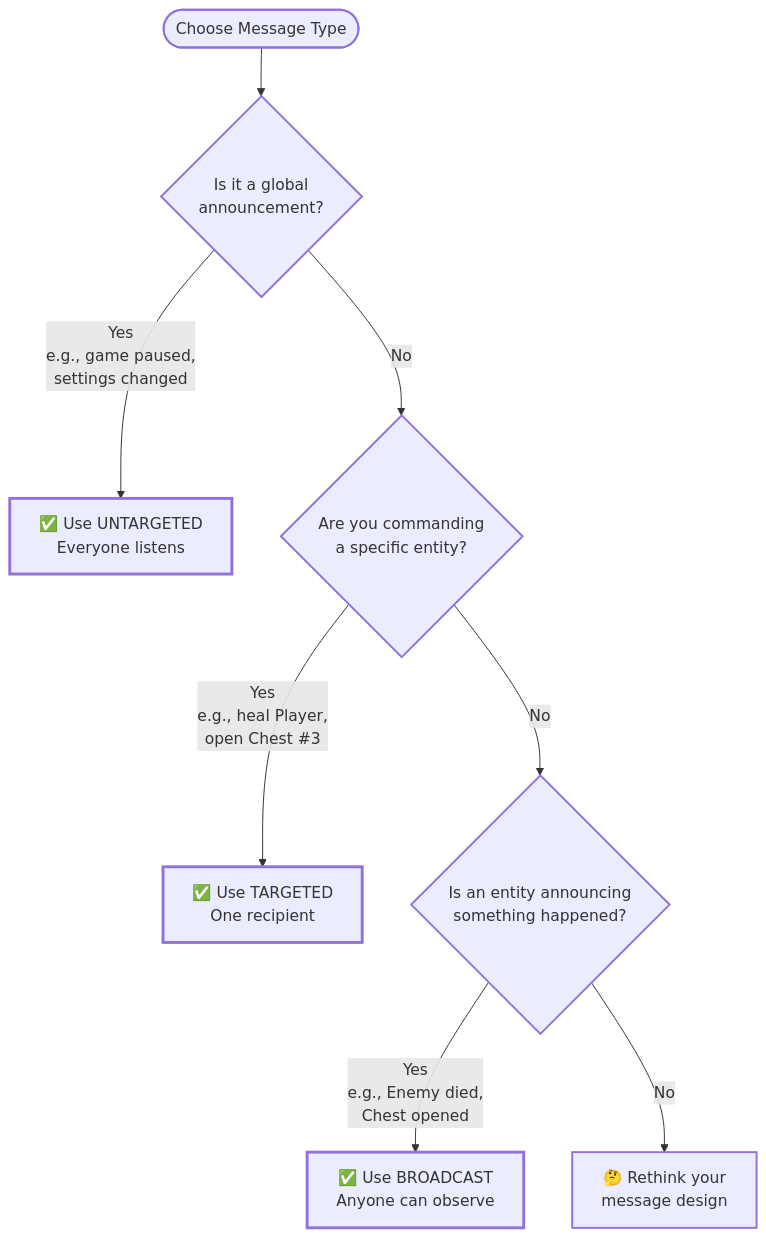
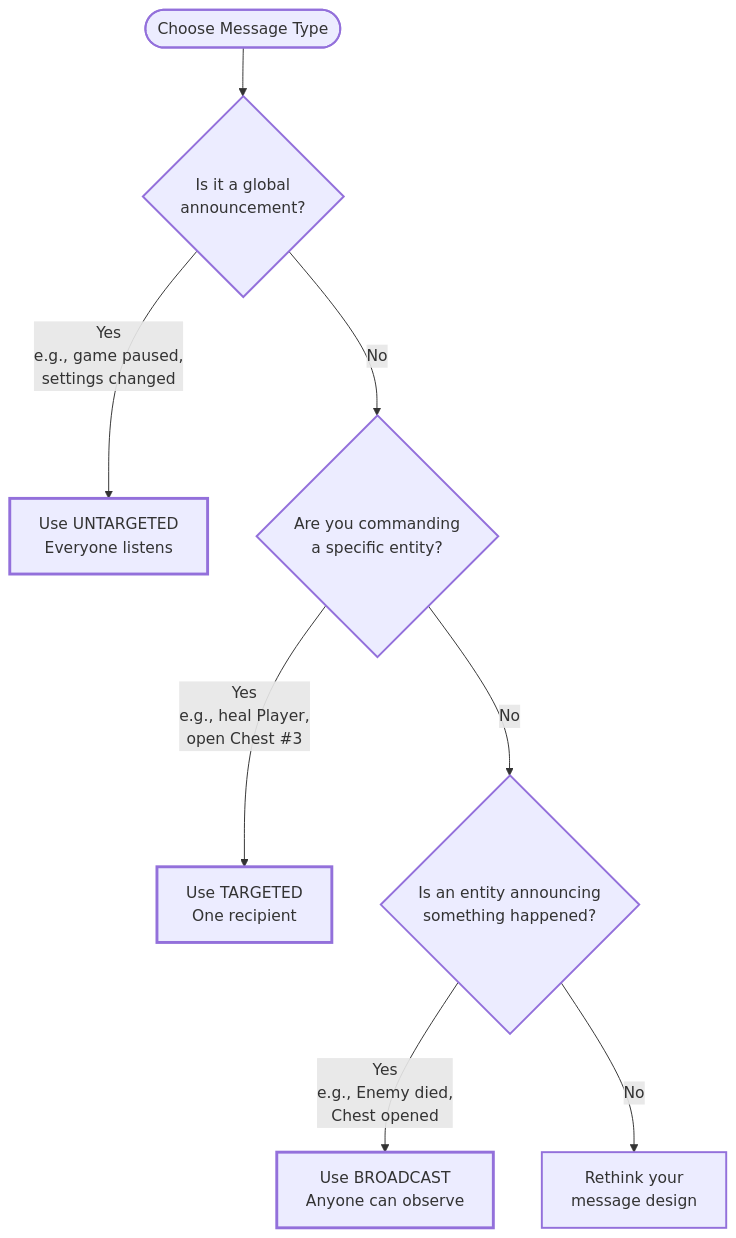
The diagram in docs/concepts/message-types.md (wallstop/DxMessaging), drawn with Mermaid before and after one commit. The commit also changed other lines of this file and 177 other files, not shown here.

````diff
--- a/docs/concepts/message-types.md
+++ b/docs/concepts/message-types.md
@@ -17,29 +17,29 @@
 ```mermaid
 flowchart TD
     Start([Choose Message Type])
 
     Start --> Q1{Is it a global<br/>announcement?}
 
-    Q1 -->|Yes<br/>e.g., game paused,<br/>settings changed| Untargeted[✅ Use UNTARGETED<br/>Everyone listens]
+    Q1 -->|Yes<br/>e.g., game paused,<br/>settings changed| Untargeted[ Use UNTARGETED<br/>Everyone listens]
 
     Q1 -->|No| Q2{Are you commanding<br/>a specific entity?}
 
-    Q2 -->|Yes<br/>e.g., heal Player,<br/>open Chest #3| Targeted[✅ Use TARGETED<br/>One recipient]
+    Q2 -->|Yes<br/>e.g., heal Player,<br/>open Chest #3| Targeted[ Use TARGETED<br/>One recipient]
 
     Q2 -->|No| Q3{Is an entity announcing<br/>something happened?}
 
-    Q3 -->|Yes<br/>e.g., Enemy died,<br/>Chest opened| Broadcast[✅ Use BROADCAST<br/>Anyone can observe]
+    Q3 -->|Yes<br/>e.g., Enemy died,<br/>Chest opened| Broadcast[ Use BROADCAST<br/>Anyone can observe]
 
-    Q3 -->|No| Rethink[🤔 Rethink your<br/>message design]
+    Q3 -->|No| Rethink[Rethink your<br/>message design]
 
     classDef primary stroke-width:3px
     class Untargeted primary
     classDef warning stroke-width:3px
     class Targeted warning
     classDef success stroke-width:3px
     class Broadcast success
     classDef danger stroke-width:2px
     class Rethink danger
     classDef neutral stroke-width:2px
     class Start,Q1,Q2,Q3 neutral
 ```
````
